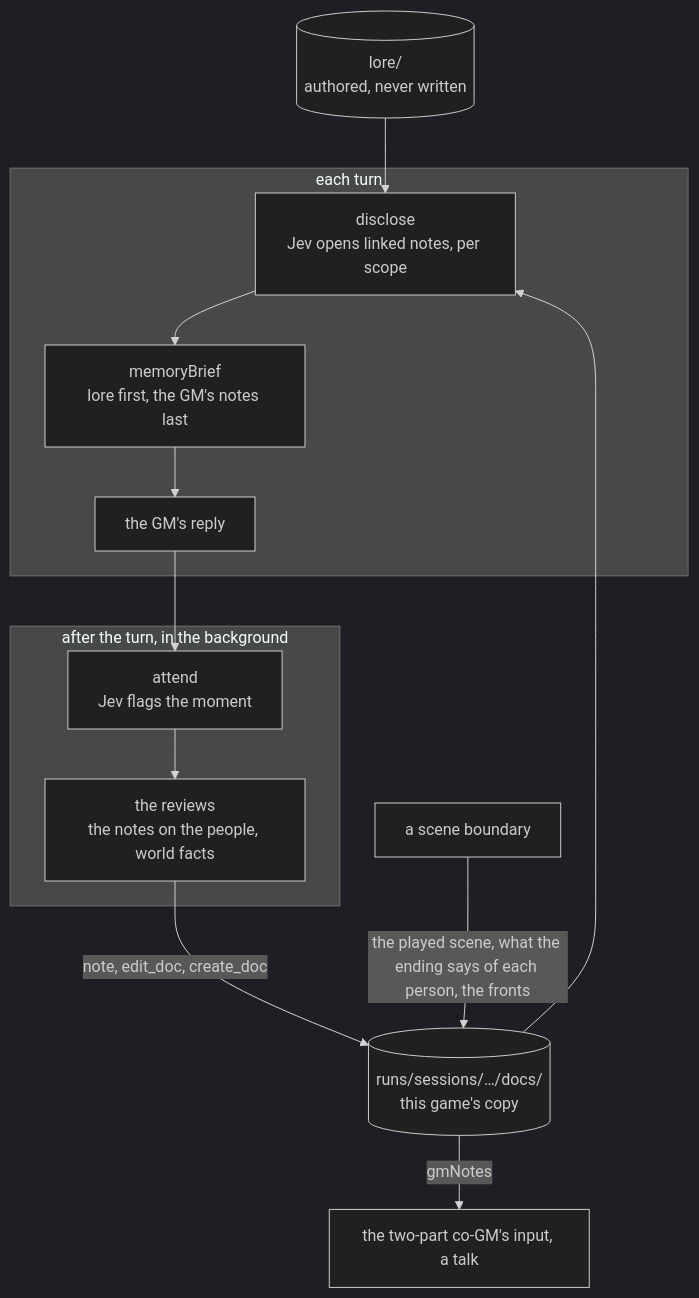
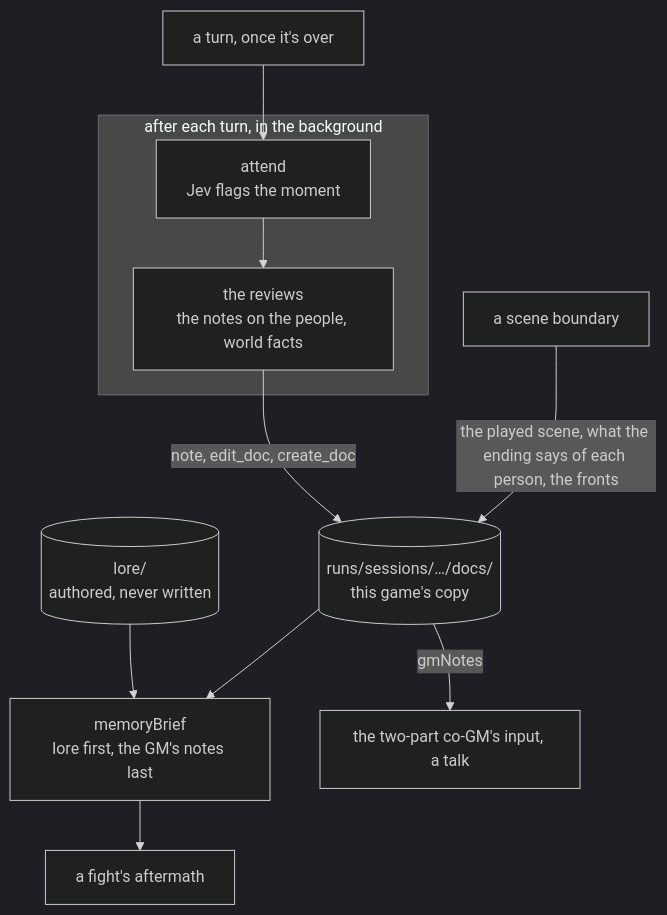
One commit to Tatskaari/kingmaker changed the diagram in ai/docs/README.md. Above: the diagram before and after it, drawn with Mermaid (dark theme). The commit also changed other lines of this file and 45 other files, not shown here.

````diff
--- a/ai/docs/README.md
+++ b/ai/docs/README.md
@@ -52,15 +49,13 @@
 ```mermaid
 flowchart TB
-  seed[("lore/<br/>authored, never written")] --> disclose
-  overlay[("runs/sessions/…/docs/<br/>this game's copy")] --> disclose
-  subgraph turn [each turn]
-    disclose["disclose<br/>Jev opens linked notes, per scope"] --> brief["memoryBrief<br/>lore first, the GM's notes last"] --> reply["the GM's reply"]
-  end
-  subgraph later [after the turn, in the background]
+  seed[("lore/<br/>authored, never written")] --> brief
+  overlay[("runs/sessions/…/docs/<br/>this game's copy")] --> brief
+  brief["memoryBrief<br/>lore first, the GM's notes last"] --> reply["a fight's aftermath"]
+  subgraph later [after each turn, in the background]
     attend["attend<br/>Jev flags the moment"] --> agents["the reviews<br/>the notes on the people, world facts"]
   end
-  reply --> attend
+  turn["a turn, once it's over"] --> attend
   agents -->|"note, edit_doc, create_doc"| overlay
   boundary["a scene boundary"] -->|"the played scene, what the ending says of each person, the fronts"| overlay
   overlay -->|"gmNotes"| cogm["the two-part co-GM's input, a talk"]
 ```
````
